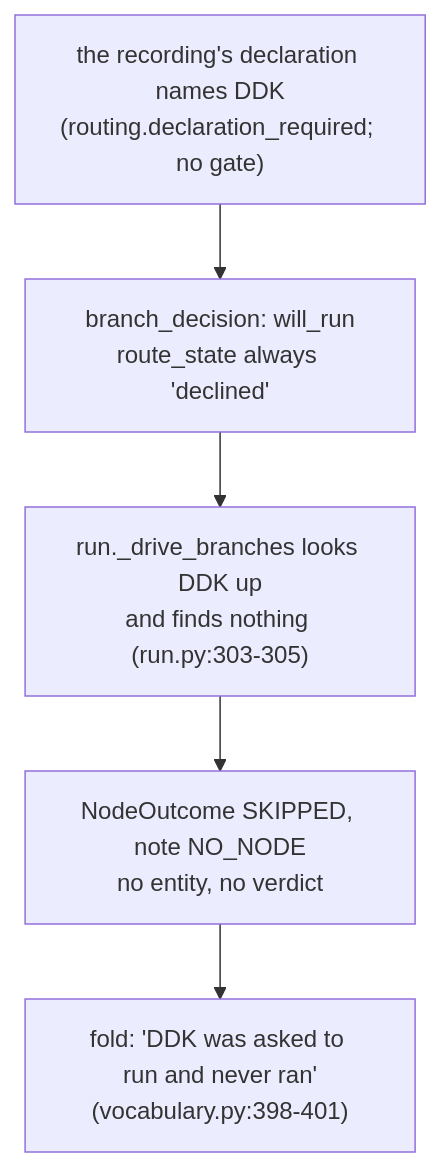
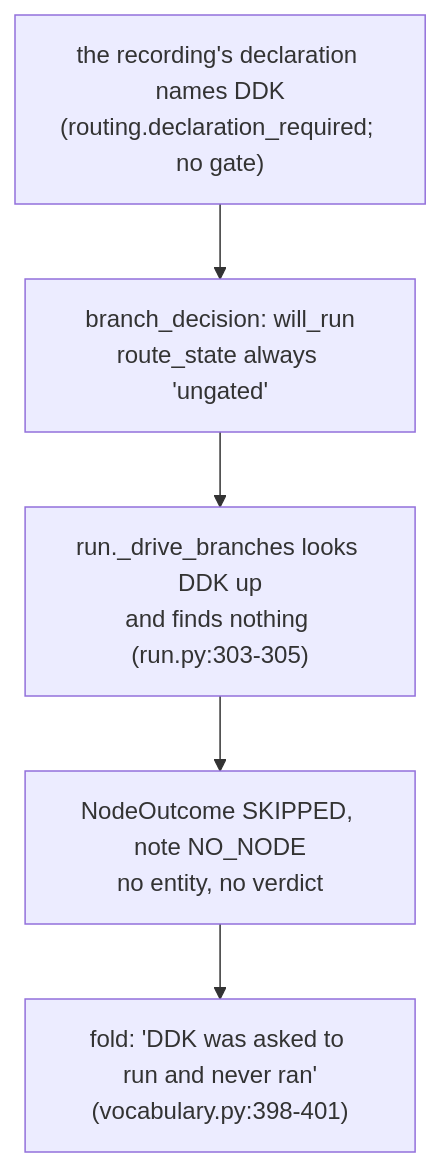
Before and after one commit to sensein/senselab: the tenth of 13 diagrams in specs/20260817-triage-workflow-dag/dag.md, drawn with Mermaid. The commit also changed other lines of this file and 8 other files, not shown here.

First line of the commit message:
fix(triage): a branch with no gates is ungated, not declined

````diff
--- a/specs/20260817-triage-workflow-dag/dag.md
+++ b/specs/20260817-triage-workflow-dag/dag.md
@@ -2161,8 +2165,8 @@
 ```mermaid
 graph TD
   G1["the recording's declaration names DDK<br/>(routing.declaration_required; no gate)"] --> DEC
-  DEC["branch_decision: will_run<br/>route_state always 'declined'"] --> LOOKUP
+  DEC["branch_decision: will_run<br/>route_state always 'ungated'"] --> LOOKUP
   LOOKUP["run._drive_branches looks DDK up<br/>and finds nothing (run.py:303-305)"] --> SKIP
   SKIP["NodeOutcome SKIPPED, note NO_NODE<br/>no entity, no verdict"] --> FOLD
   FOLD["fold: 'DDK was asked to run and never ran'<br/>(vocabulary.py:398-401)"]
 ```
````
